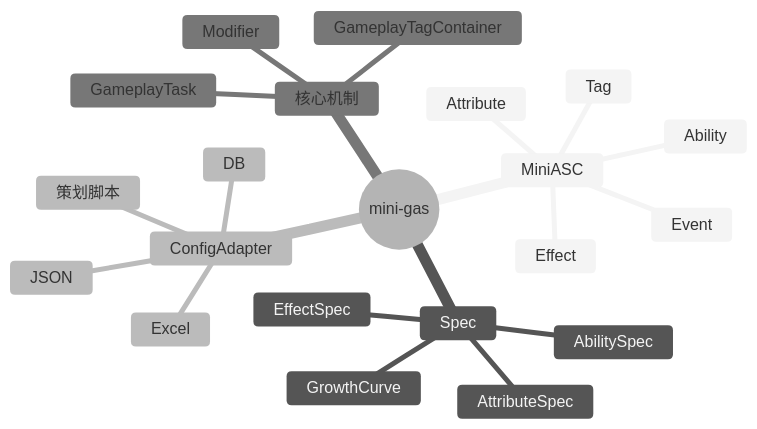
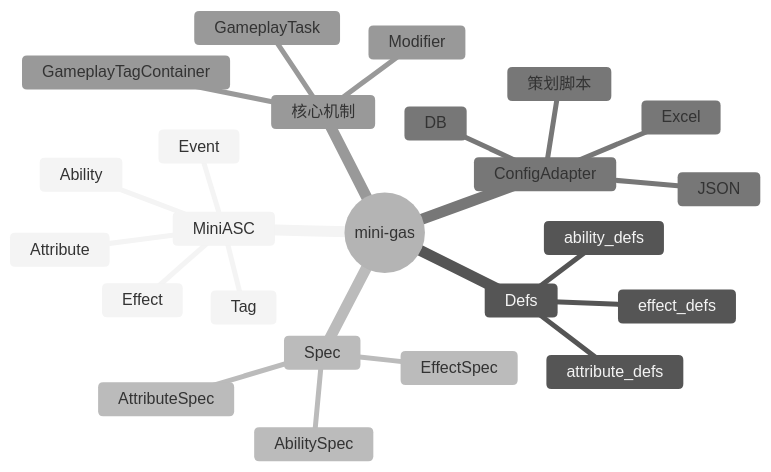
One commit to caorenmei/cgas changed the diagram in docs/specs/mini_gas/README.md. Above: the diagram before and after it, drawn with Mermaid. The commit also changed other lines of this file and 27 other files, not shown here.

First line of the commit message:
refactor(mini_gas): 状态自包含，Defs 分离，移除通用 GrowthCurve

````diff
--- a/docs/specs/mini_gas/README.md
+++ b/docs/specs/mini_gas/README.md
@@ -73,25 +74,28 @@
 ```mermaid
 %%{init: {'theme': 'neutral'}}%%
 mindmap
   root((mini-gas))
     MiniASC
       Ability
       Effect
       Attribute
       Tag
       Event
+    Defs
+      attribute_defs
+      ability_defs
+      effect_defs
     Spec
       AbilitySpec
       EffectSpec
       AttributeSpec
-      GrowthCurve
     ConfigAdapter
       Excel
       JSON
       DB
       策划脚本
     核心机制
       Modifier
       GameplayTask
       GameplayTagContainer
 ```
````
